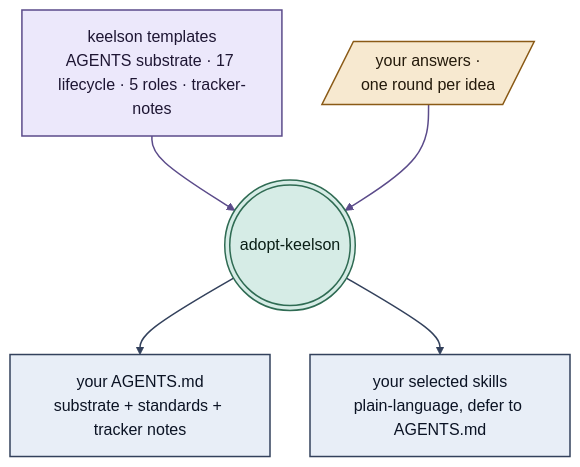
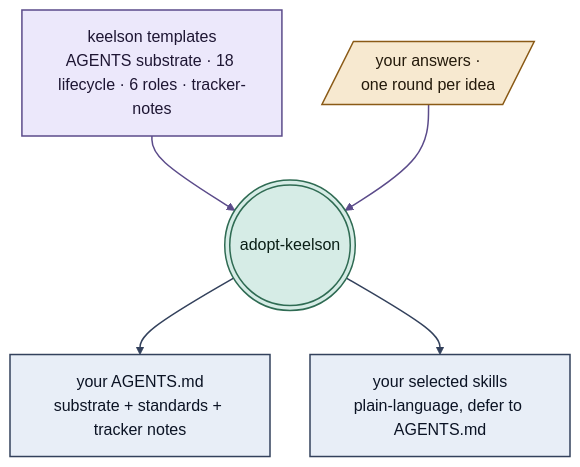
Before and after one commit to innovestrum/keelson: the third of 7 diagrams in README.md, drawn with Mermaid. The commit also changed other lines of this file and 15 other files, not shown here.

````diff
--- a/README.md
+++ b/README.md
@@ -86,20 +86,20 @@
 ```mermaid
 %%{init: {"flowchart": {"diagramPadding": 22, "nodeSpacing": 40, "rankSpacing": 44}}}%%
 flowchart TD
-  T[keelson templates<br/>AGENTS substrate · 17 lifecycle · 5 roles · tracker-notes]
+  T[keelson templates<br/>AGENTS substrate · 18 lifecycle · 6 roles · tracker-notes]
   A[/your answers ·<br/>one round per idea/]
   T --> E(((adopt-keelson)))
   A --> E
   E --> G[your AGENTS.md<br/>substrate + standards + tracker notes]
   E --> L[your selected skills<br/>plain-language, defer to AGENTS.md]
   classDef tmpl fill:#ece8fb,stroke:#5b4b8a,color:#1e1633,stroke-width:1.5px;
   classDef ans fill:#f7e9d0,stroke:#8a5a16,color:#241a0b,stroke-width:1.5px;
   classDef act fill:#d6ece6,stroke:#2f6b53,color:#0b1f16,stroke-width:1.5px;
   classDef out fill:#e8eef7,stroke:#33415c,color:#0b1324,stroke-width:1.5px;
   class T tmpl;
   class A ans;
   class E act;
   class G,L out;
   linkStyle 0,1 stroke:#5b4b8a,stroke-width:1.5px;
   linkStyle 2,3 stroke:#33415c,stroke-width:1.5px;
 ```
````
